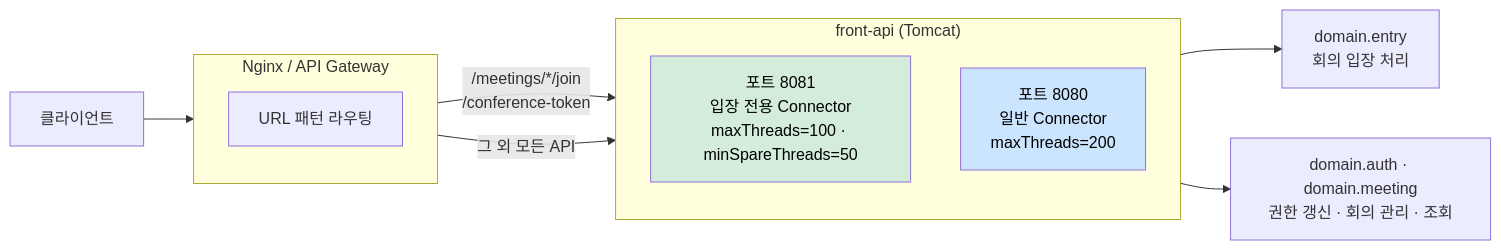
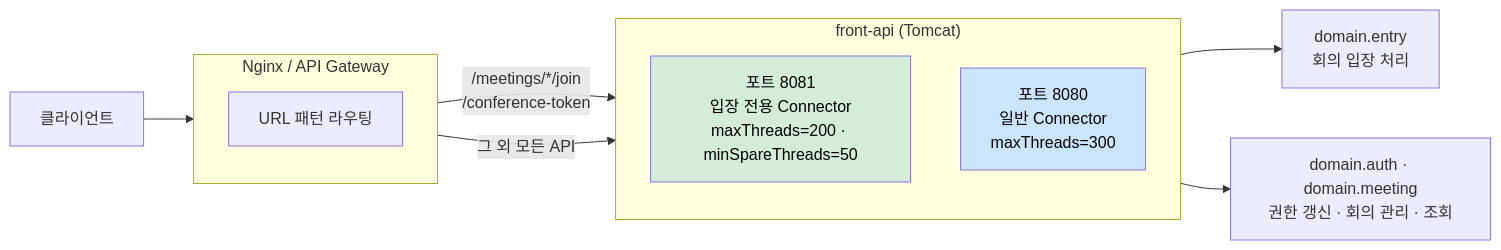
One commit to sujinnkim/A_Personal changed the fourth of 4 diagrams in docs/04-architecture-analysis/3.2-problem-analysis-and-strategy/AS-04-입장전용처리경로확보.md. Above: the diagram before and after it, drawn with Mermaid. The commit also changed other lines of this file and 30 other files, not shown here.

````diff
--- a/docs/04-architecture-analysis/3.2-problem-analysis-and-strategy/AS-04-입장전용처리경로확보.md
+++ b/docs/04-architecture-analysis/3.2-problem-analysis-and-strategy/AS-04-입장전용처리경로확보.md
@@ -90,26 +90,26 @@
 ```mermaid
 flowchart LR
     CLIENT["클라이언트"]
 
     subgraph NGINX["Nginx / API Gateway"]
         ROUTE["URL 패턴 라우팅"]
     end
 
     subgraph TOMCAT["front-api (Tomcat)"]
         direction TB
-        C8081["포트 8081\n입장 전용 Connector\nmaxThreads=100 · minSpareThreads=50"]
-        C8080["포트 8080\n일반 Connector\nmaxThreads=200"]
+        C8081["포트 8081\n입장 전용 Connector\nmaxThreads=200 · minSpareThreads=50"]
+        C8080["포트 8080\n일반 Connector\nmaxThreads=300"]
     end
 
     ENTRY["domain.entry\n회의 입장 처리"]
     OTHER["domain.auth · domain.meeting\n권한 갱신 · 회의 관리 · 조회"]
 
     CLIENT --> NGINX
     NGINX -->|"/meetings/*/join\n/conference-token"| C8081
     NGINX -->|"그 외 모든 API"| C8080
     C8081 --> ENTRY
     C8080 --> OTHER
 
     style C8081 fill:#d4edda,color:#000
     style C8080 fill:#cce5ff,color:#000
 ```
````
